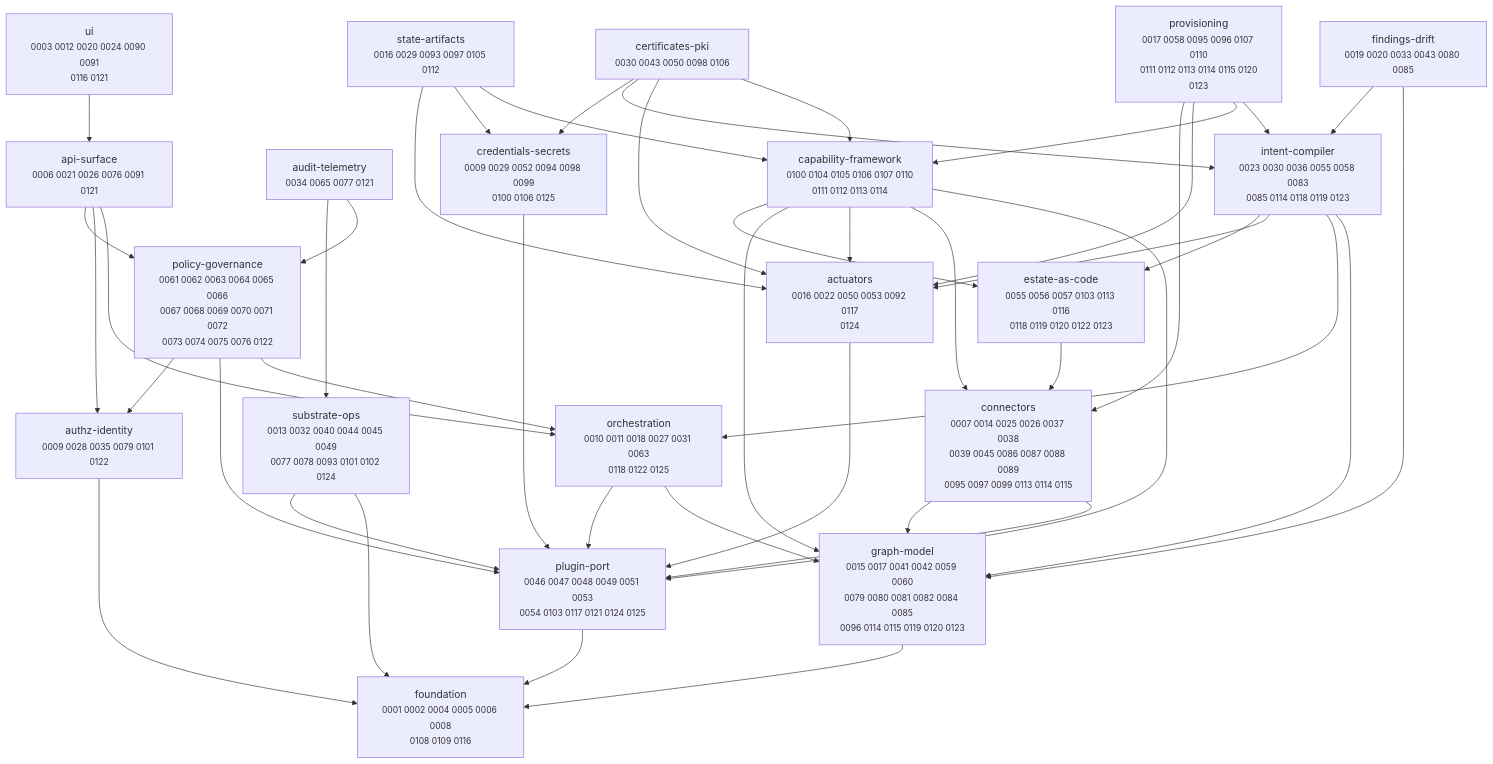
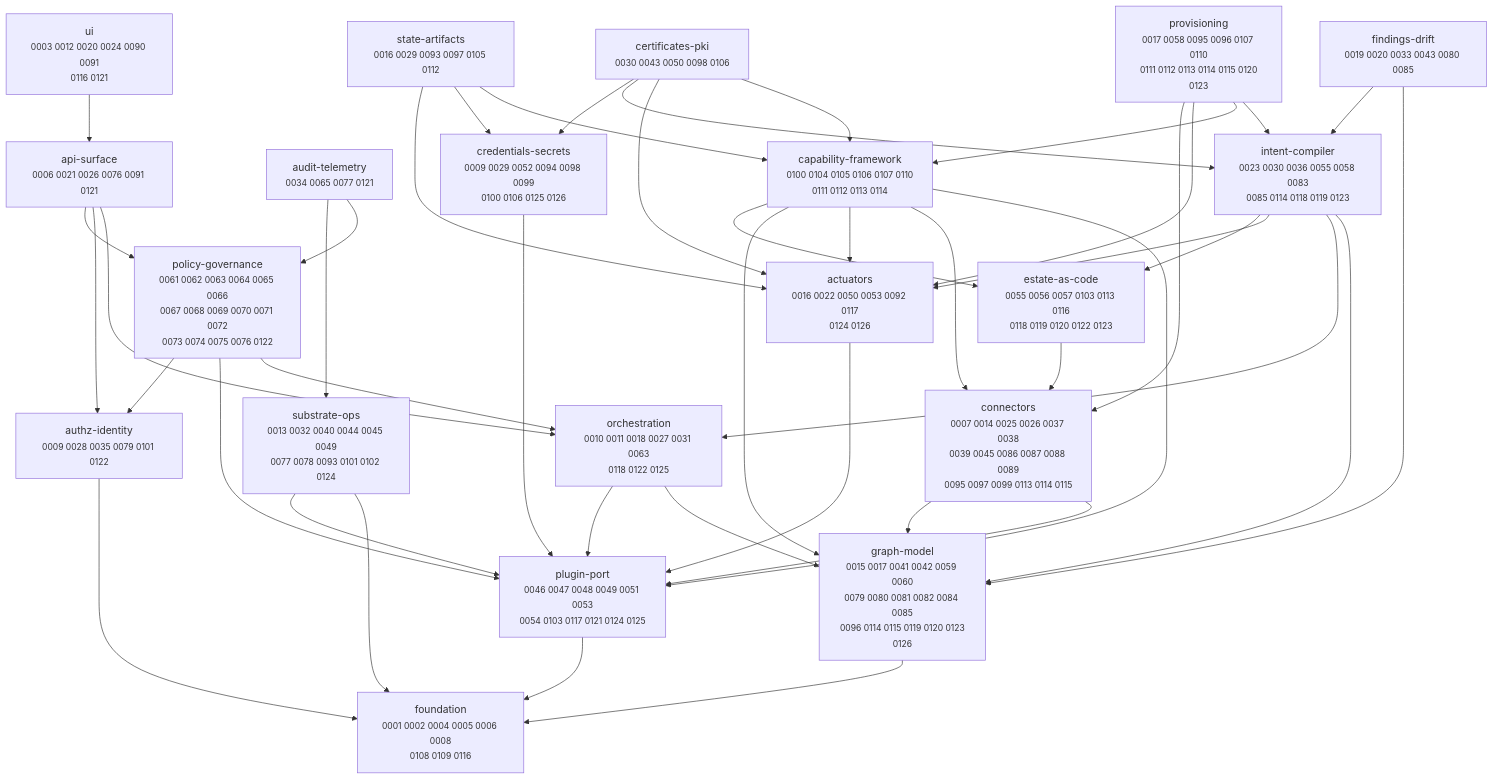
Before and after one commit to dstout-devops/stratt: the diagram in docs/adr/MAP.md, drawn with Mermaid. The commit also changed other lines of this file and 12 other files, not shown here.

````diff
--- a/docs/adr/MAP.md
+++ b/docs/adr/MAP.md
@@ -11,67 +11,67 @@
 ```mermaid
 graph TD
-  actuators["actuators<br/><small>0016 0022 0050 0053 0092 0117<br/>0124</small>"]
+  actuators["actuators<br/><small>0016 0022 0050 0053 0092 0117<br/>0124 0126</small>"]
   api_surface["api-surface<br/><small>0006 0021 0026 0076 0091 0121</small>"]
   audit_telemetry["audit-telemetry<br/><small>0034 0065 0077 0121</small>"]
   authz_identity["authz-identity<br/><small>0009 0028 0035 0079 0101 0122</small>"]
   capability_framework["capability-framework<br/><small>0100 0104 0105 0106 0107 0110<br/>0111 0112 0113 0114</small>"]
   certificates_pki["certificates-pki<br/><small>0030 0043 0050 0098 0106</small>"]
   connectors["connectors<br/><small>0007 0014 0025 0026 0037 0038<br/>0039 0045 0086 0087 0088 0089<br/>0095 0097 0099 0113 0114 0115</small>"]
-  credentials_secrets["credentials-secrets<br/><small>0009 0029 0052 0094 0098 0099<br/>0100 0106 0125</small>"]
+  credentials_secrets["credentials-secrets<br/><small>0009 0029 0052 0094 0098 0099<br/>0100 0106 0125 0126</small>"]
   estate_as_code["estate-as-code<br/><small>0055 0056 0057 0103 0113 0116<br/>0118 0119 0120 0122 0123</small>"]
   findings_drift["findings-drift<br/><small>0019 0020 0033 0043 0080 0085</small>"]
   foundation["foundation<br/><small>0001 0002 0004 0005 0006 0008<br/>0108 0109 0116</small>"]
-  graph_model["graph-model<br/><small>0015 0017 0041 0042 0059 0060<br/>0079 0080 0081 0082 0084 0085<br/>0096 0114 0115 0119 0120 0123</small>"]
+  graph_model["graph-model<br/><small>0015 0017 0041 0042 0059 0060<br/>0079 0080 0081 0082 0084 0085<br/>0096 0114 0115 0119 0120 0123<br/>0126</small>"]
   intent_compiler["intent-compiler<br/><small>0023 0030 0036 0055 0058 0083<br/>0085 0114 0118 0119 0123</small>"]
   orchestration["orchestration<br/><small>0010 0011 0018 0027 0031 0063<br/>0118 0122 0125</small>"]
   plugin_port["plugin-port<br/><small>0046 0047 0048 0049 0051 0053<br/>0054 0103 0117 0121 0124 0125</small>"]
   policy_governance["policy-governance<br/><small>0061 0062 0063 0064 0065 0066<br/>0067 0068 0069 0070 0071 0072<br/>0073 0074 0075 0076 0122</small>"]
   provisioning["provisioning<br/><small>0017 0058 0095 0096 0107 0110<br/>0111 0112 0113 0114 0115 0120<br/>0123</small>"]
   state_artifacts["state-artifacts<br/><small>0016 0029 0093 0097 0105 0112</small>"]
   substrate_ops["substrate-ops<br/><small>0013 0032 0040 0044 0045 0049<br/>0077 0078 0093 0101 0102 0124</small>"]
   ui["ui<br/><small>0003 0012 0020 0024 0090 0091<br/>0116 0121</small>"]
 
   actuators --> plugin_port
   api_surface --> orchestration
   api_surface --> authz_identity
   api_surface --> policy_governance
   audit_telemetry --> policy_governance
   audit_telemetry --> substrate_ops
   authz_identity --> foundation
   capability_framework --> plugin_port
   capability_framework --> connectors
   capability_framework --> actuators
   capability_framework --> graph_model
   capability_framework --> estate_as_code
   certificates_pki --> capability_framework
   certificates_pki --> actuators
   certificates_pki --> intent_compiler
   certificates_pki --> credentials_secrets
   connectors --> plugin_port
   connectors --> graph_model
   credentials_secrets --> plugin_port
   estate_as_code --> connectors
   findings_drift --> graph_model
   findings_drift --> intent_compiler
   graph_model --> foundation
   intent_compiler --> graph_model
   intent_compiler --> orchestration
   intent_compiler --> actuators
   intent_compiler --> estate_as_code
   orchestration --> graph_model
   orchestration --> plugin_port
   plugin_port --> foundation
   policy_governance --> orchestration
   policy_governance --> plugin_port
   policy_governance --> authz_identity
   provisioning --> intent_compiler
   provisioning --> capability_framework
   provisioning --> actuators
   provisioning --> connectors
   state_artifacts --> capability_framework
   state_artifacts --> credentials_secrets
   state_artifacts --> actuators
   substrate_ops --> foundation
   substrate_ops --> plugin_port
   ui --> api_surface
 ```
````
